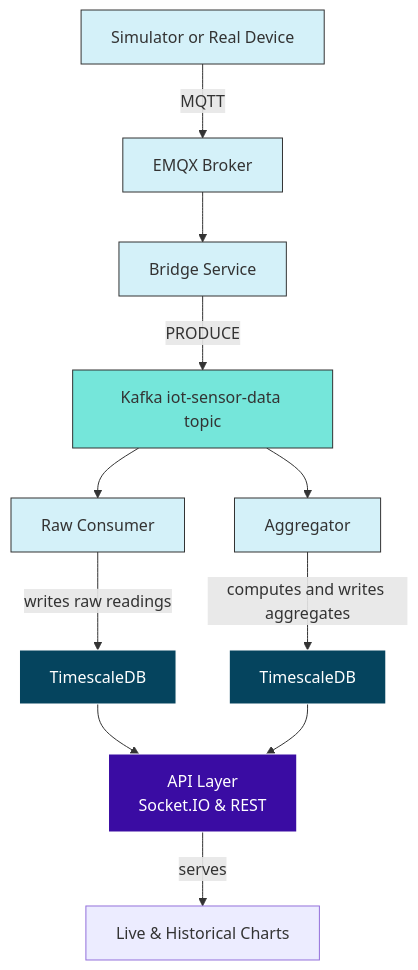
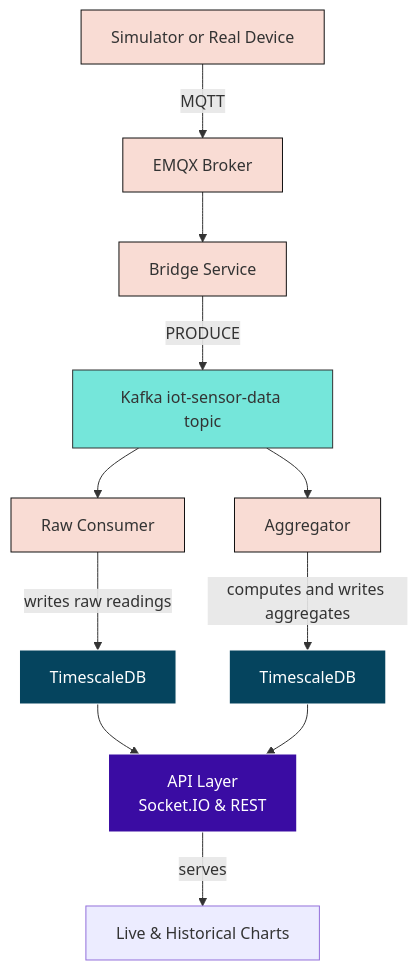
One commit to ARYAN-095/NebulaFlow-Real-Time-Event-Processing-Platform- changed the fourth of 5 diagrams in README.md. Above: the diagram before and after it, drawn with Mermaid.

````diff
--- a/README.md
+++ b/README.md
@@ -260,23 +260,23 @@
 ```mermaid
 graph TD
     A[Simulator or Real Device] -->|MQTT| B[EMQX Broker]
     B --> C[Bridge Service]
     C -->|PRODUCE| D[Kafka iot-sensor-data topic]
     D --> E[Raw Consumer]
     D --> F[Aggregator]
     E -->|writes raw readings| G[TimescaleDB]
     F -->|computes and writes aggregates| H[TimescaleDB]
     G --> I[API Layer]
     H --> I
     I[API Layer\nSocket.IO & REST] -->|serves| J[Live & Historical Charts]
     
-    classDef process fill:#d4f1f9,stroke:#333;
+    classDef process fill:#f9dcd4,stroke:#111;
     classDef db fill:#05445e,stroke:#fff,color:#fff;
     classDef queue fill:#75e6da,stroke:#333;
     classDef api fill:#3a0ca3,stroke:#fff,color:#fff;
     
     class A,B,C,E,F process;
     class D queue;
     class G,H db;
     class I api;
 ```
````
